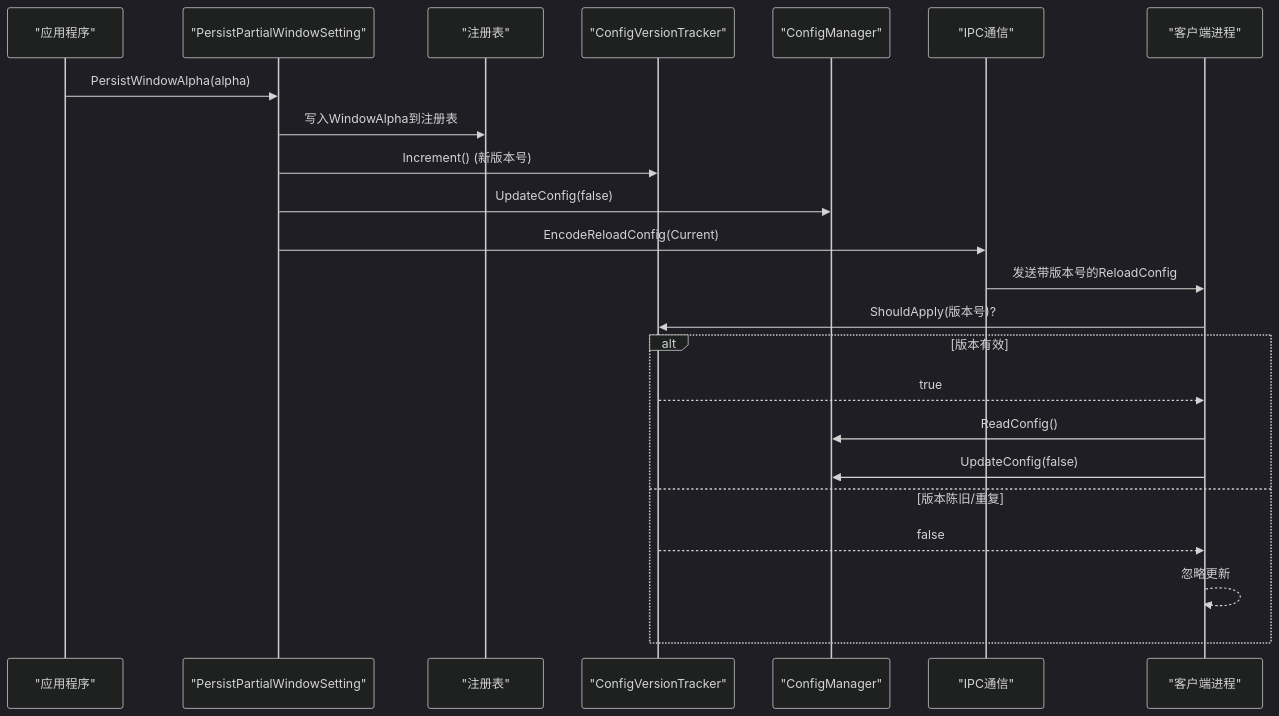
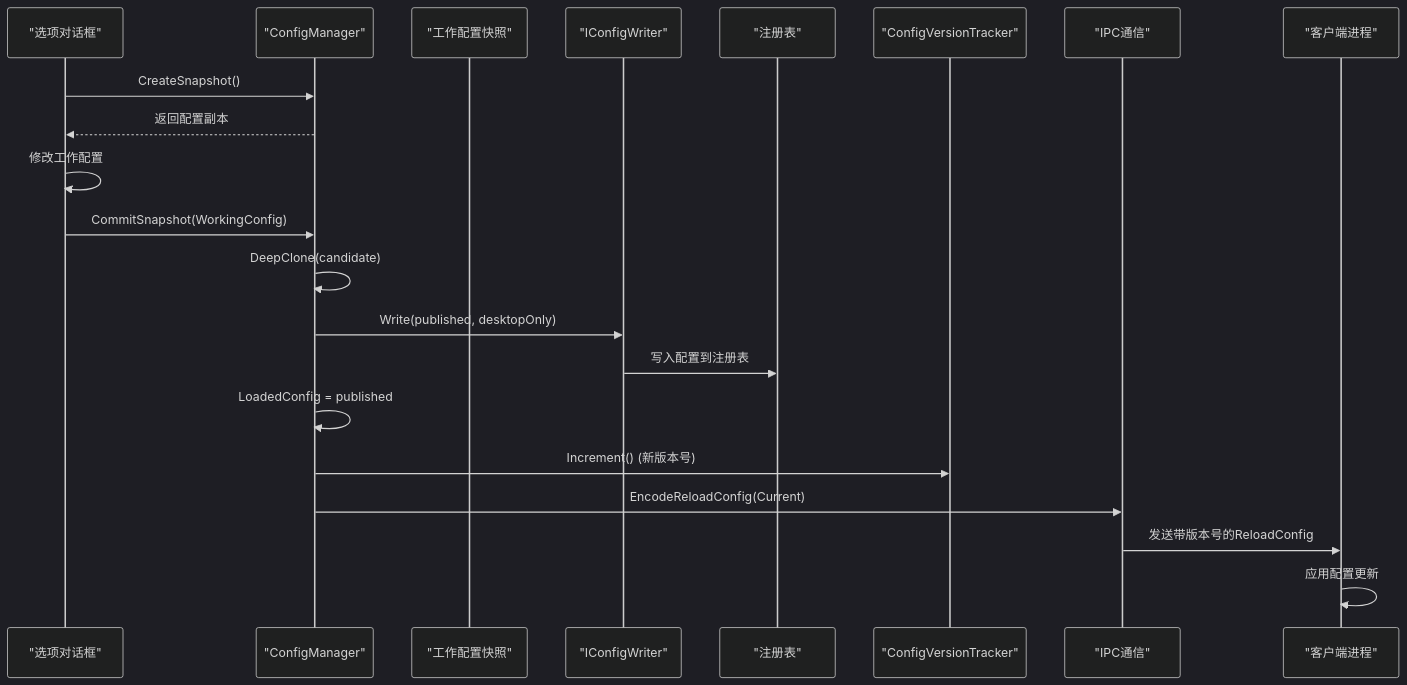
Before and after one commit to rainiva/QTTabBar-Next: the second of 4 diagrams in .qoder/repowiki/zh/content/配置管理.md, drawn with Mermaid (dark theme). The commit also changed other lines of this file and 415 other files, not shown here.

````diff
--- a/.qoder/repowiki/zh/content/配置管理.md
+++ b/.qoder/repowiki/zh/content/配置管理.md
@@ -141,25 +164,23 @@
 ```mermaid
 sequenceDiagram
-participant App as "应用程序"
-participant PM as "PersistPartialWindowSetting"
+participant UI as "选项对话框"
+participant CM as "ConfigManager"
+participant Snapshot as "工作配置快照"
+participant Writer as "IConfigWriter"
 participant Reg as "注册表"
 participant CVT as "ConfigVersionTracker"
-participant CM as "ConfigManager"
 participant IPC as "IPC通信"
 participant Client as "客户端进程"
-App->>PM : PersistWindowAlpha(alpha)
-PM->>Reg : 写入WindowAlpha到注册表
-PM->>CVT : Increment() (新版本号)
-PM->>CM : UpdateConfig(false)
-PM->>IPC : EncodeReloadConfig(Current)
+UI->>CM : CreateSnapshot()
+CM-->>UI : 返回配置副本
+UI->>UI : 修改工作配置
+UI->>CM : CommitSnapshot(WorkingConfig)
+CM->>CM : DeepClone(candidate)
+CM->>Writer : Write(published, desktopOnly)
+Writer->>Reg : 写入配置到注册表
+CM->>CM : LoadedConfig = published
+CM->>CVT : Increment() (新版本号)
+CM->>IPC : EncodeReloadConfig(Current)
 IPC->>Client : 发送带版本号的ReloadConfig
-Client->>CVT : ShouldApply(版本号)?
-alt 版本有效
-CVT-->>Client : true
-Client->>CM : ReadConfig()
-Client->>CM : UpdateConfig(false)
-else 版本陈旧/重复
-CVT-->>Client : false
-Client-->>Client : 忽略更新
-end
+Client->>Client : 应用配置更新
 ```
````
